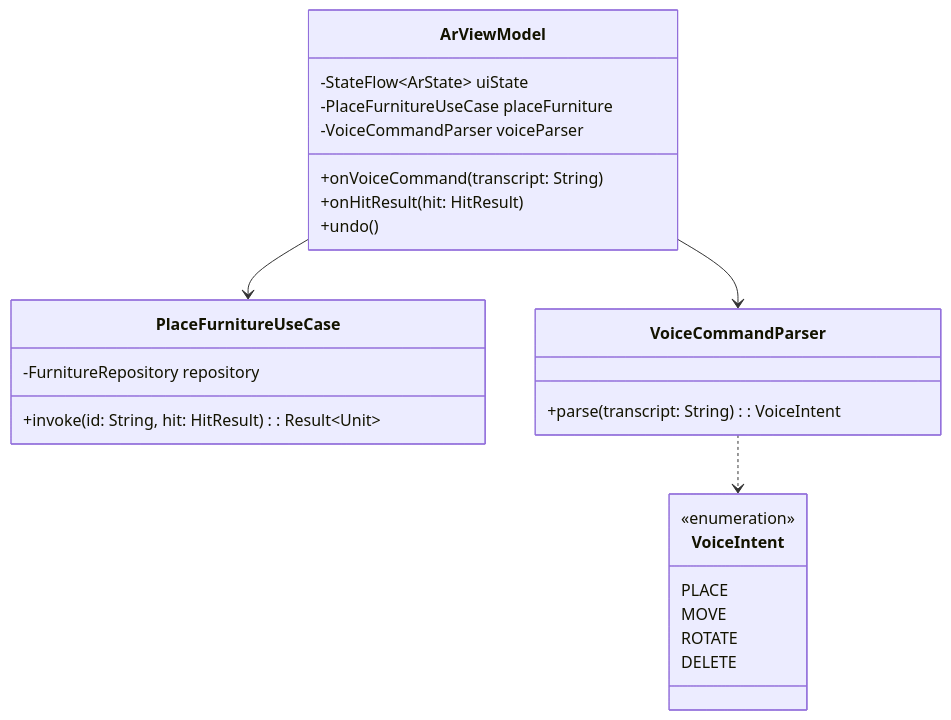
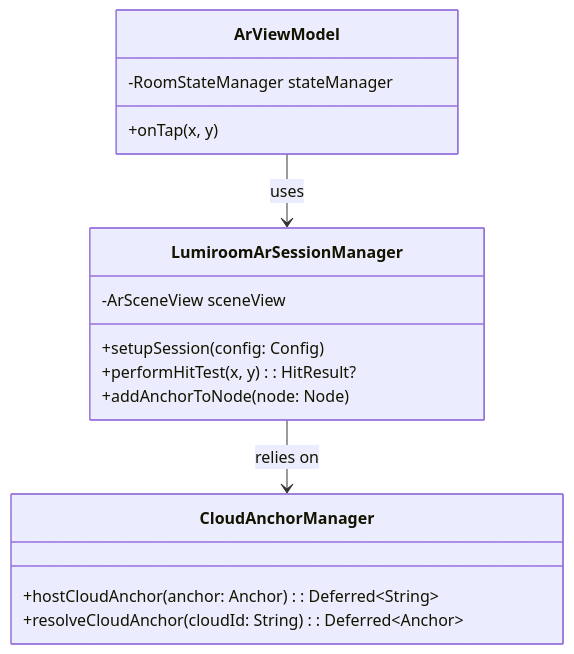
The second of 4 diagrams in docs/ClassDiagrams.md (Vinoth-ai-20/lumiroom), drawn with Mermaid before and after one commit. The commit also changed other lines of this file and 63 other files, not shown here.

First line of the commit message:
fix(room-planner): improve hit-testing, drag behavior, and visual selection

````diff
--- a/docs/ClassDiagrams.md
+++ b/docs/ClassDiagrams.md
@@ -15,32 +53,22 @@
 ```mermaid
 classDiagram
-    class ArViewModel {
-        -StateFlow~ArState~ uiState
-        -PlaceFurnitureUseCase placeFurniture
-        -VoiceCommandParser voiceParser
-        +onVoiceCommand(transcript: String)
-        +onHitResult(hit: HitResult)
-        +undo()
+    class LumiroomArSessionManager {
+        -ArSceneView sceneView
+        +setupSession(config: Config)
+        +performHitTest(x, y): HitResult?
+        +addAnchorToNode(node: Node)
+    }
+
+    class CloudAnchorManager {
+        +hostCloudAnchor(anchor: Anchor): Deferred~String~
+        +resolveCloudAnchor(cloudId: String): Deferred~Anchor~
     }
     
-    class PlaceFurnitureUseCase {
-        -FurnitureRepository repository
-        +invoke(id: String, hit: HitResult): Result~Unit~
+    class ArViewModel {
+        -RoomStateManager stateManager
+        +onTap(x, y)
     }
     
-    class VoiceCommandParser {
-        +parse(transcript: String): VoiceIntent
-    }
-    
-    class VoiceIntent {
-        <<enumeration>>
-        PLACE
-        MOVE
-        ROTATE
-        DELETE
-    }
-    
-    ArViewModel --> PlaceFurnitureUseCase
-    ArViewModel --> VoiceCommandParser
-    VoiceCommandParser ..> VoiceIntent
+    ArViewModel --> LumiroomArSessionManager : uses
+    LumiroomArSessionManager --> CloudAnchorManager : relies on
 ```
````
